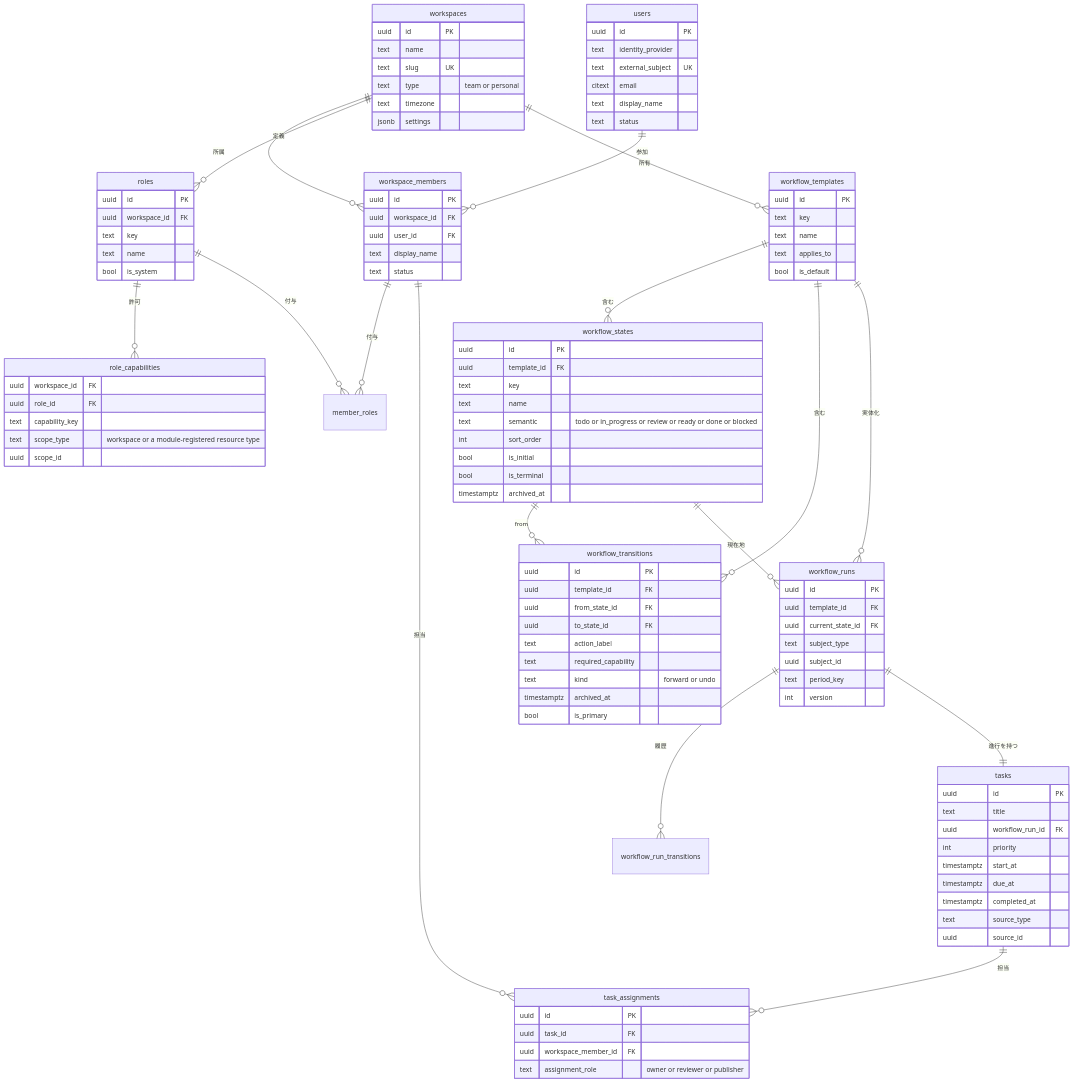
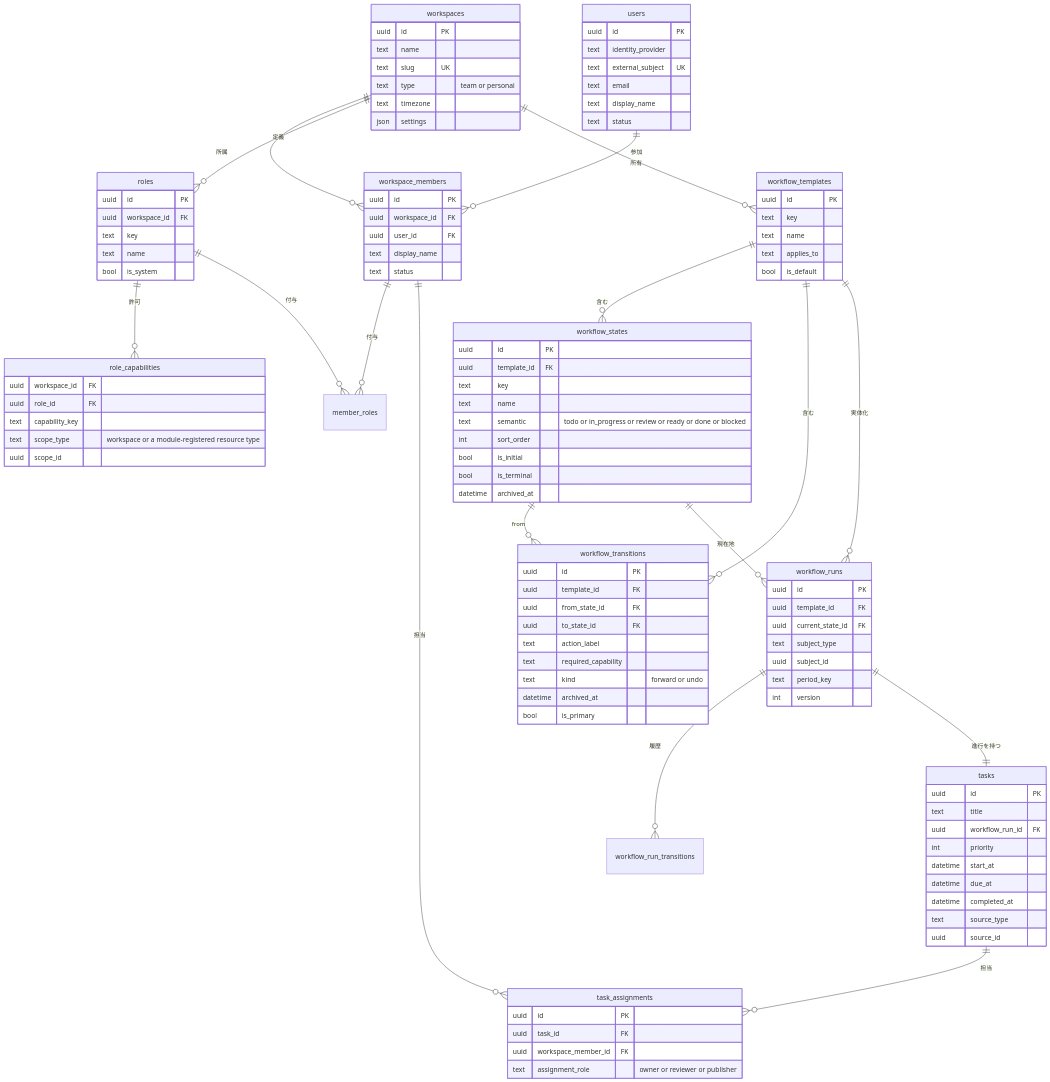
Before and after one commit to Natsumi-ML/video-works-dashboard: the first of 3 diagrams in SOCIAL_BASE_SYSTEM_DESIGN.md, drawn with Mermaid. The commit also changed other lines of this file, not shown here.

```diff
--- a/SOCIAL_BASE_SYSTEM_DESIGN.md
+++ b/SOCIAL_BASE_SYSTEM_DESIGN.md
@@ -766,13 +878,13 @@
         text slug UK
         text type "team or personal"
         text timezone
-        jsonb settings
+        json settings
     }
     users {
         uuid id PK
         text identity_provider
         text external_subject UK
-        citext email
+        text email
         text display_name
         text status
     }
@@ -813,7 +925,7 @@
         int sort_order
         bool is_initial
         bool is_terminal
-        timestamptz archived_at
+        datetime archived_at
     }
     workflow_transitions {
         uuid id PK
@@ -823,7 +935,7 @@
         text action_label
         text required_capability
         text kind "forward or undo"
-        timestamptz archived_at
+        datetime archived_at
         bool is_primary
     }
     workflow_runs {
@@ -840,9 +952,9 @@
         text title
         uuid workflow_run_id FK
         int priority
-        timestamptz start_at
-        timestamptz due_at
-        timestamptz completed_at
+        datetime start_at
+        datetime due_at
+        datetime completed_at
         text source_type
         uuid source_id
     }
```
